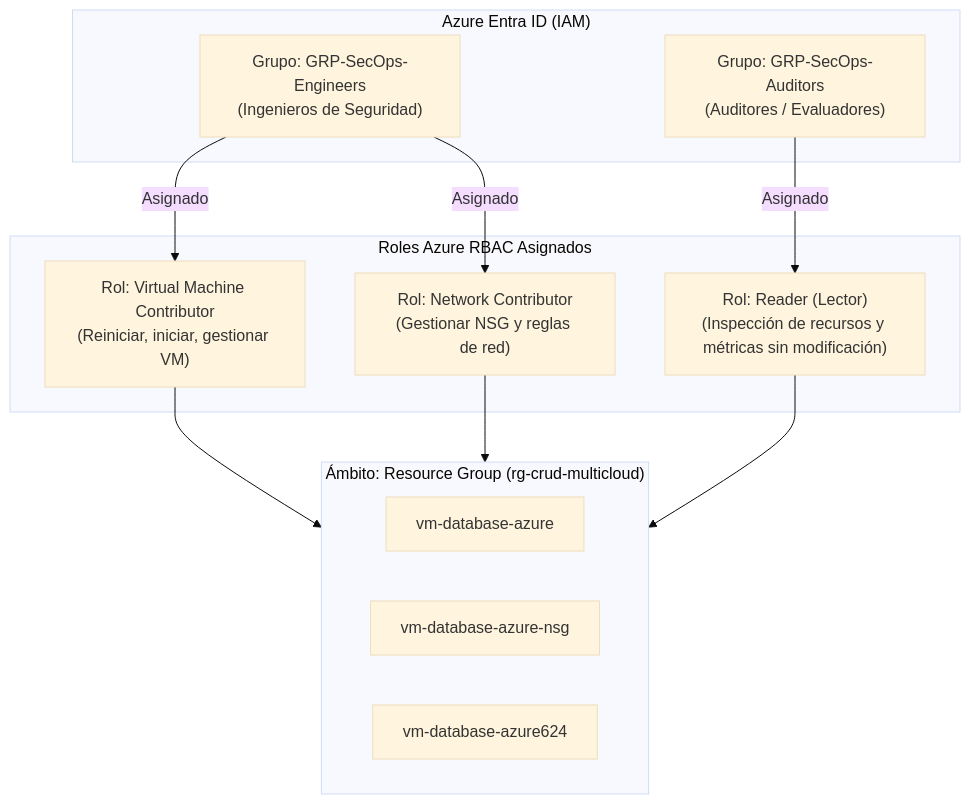
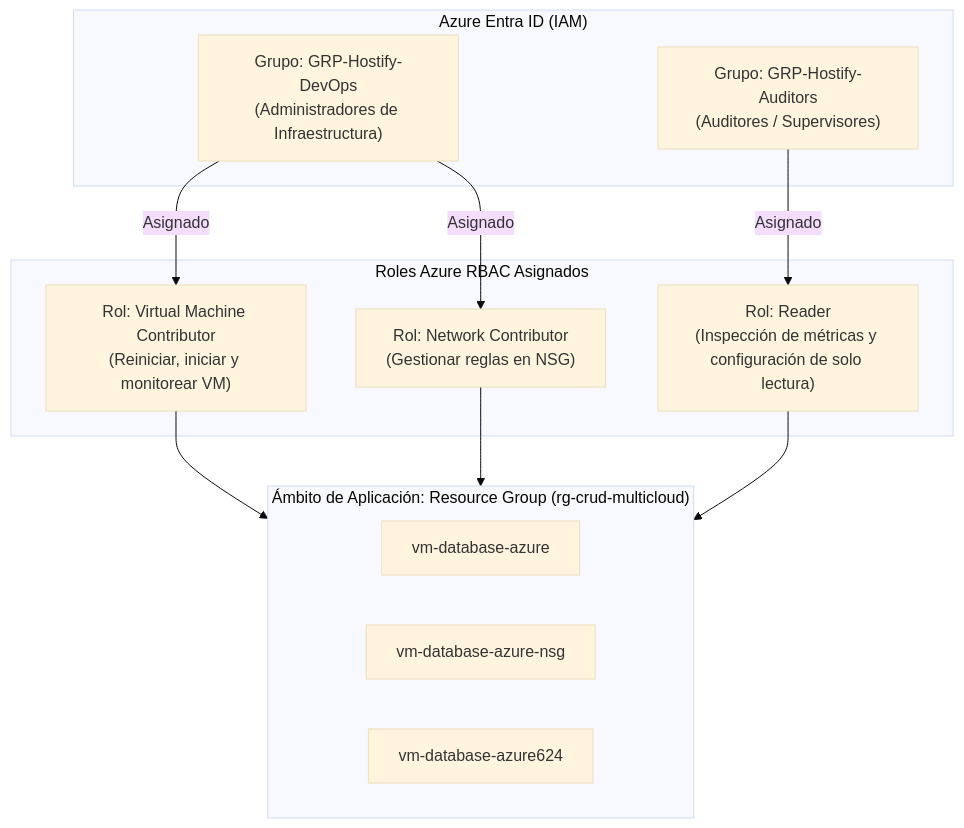
Before and after one commit to Edgaarrdd/Duermebien-gestionseguridad: the diagram in docs/3_configuracion_iam_azure.md, drawn with Mermaid (base theme). The commit also changed other lines of this file and 10 other files, not shown here.

````diff
--- a/docs/3_configuracion_iam_azure.md
+++ b/docs/3_configuracion_iam_azure.md
@@ -15,27 +15,27 @@
 ```mermaid
 graph TD
     subgraph Azure_Entra_ID["Azure Entra ID (IAM)"]
-        G_Admin["Grupo: GRP-SecOps-Engineers\n(Ingenieros de Seguridad)"]
-        G_Auditor["Grupo: GRP-SecOps-Auditors\n(Auditores / Evaluadores)"]
+        G_DevOps["Grupo: GRP-Hostify-DevOps\n(Administradores de Infraestructura)"]
+        G_Auditor["Grupo: GRP-Hostify-Auditors\n(Auditores / Supervisores)"]
     end
 
     subgraph RBAC_Roles["Roles Azure RBAC Asignados"]
-        R_VM_Contrib["Rol: Virtual Machine Contributor\n(Reiniciar, iniciar, gestionar VM)"]
-        R_Net_Contrib["Rol: Network Contributor\n(Gestionar NSG y reglas de red)"]
-        R_Reader["Rol: Reader (Lector)\n(Inspección de recursos y métricas sin modificación)"]
+        R_VM_Contrib["Rol: Virtual Machine Contributor\n(Reiniciar, iniciar y monitorear VM)"]
+        R_Net_Contrib["Rol: Network Contributor\n(Gestionar reglas en NSG)"]
+        R_Reader["Rol: Reader\n(Inspección de métricas y configuración de solo lectura)"]
     end
 
-    subgraph Scope["Ámbito: Resource Group (rg-crud-multicloud)"]
+    subgraph Scope["Ámbito de Aplicación: Resource Group (rg-crud-multicloud)"]
         VM["vm-database-azure"]
         NSG["vm-database-azure-nsg"]
         NIC["vm-database-azure624"]
     end
 
-    G_Admin -->|Asignado| R_VM_Contrib
-    G_Admin -->|Asignado| R_Net_Contrib
+    G_DevOps -->|Asignado| R_VM_Contrib
+    G_DevOps -->|Asignado| R_Net_Contrib
     G_Auditor -->|Asignado| R_Reader
 
     R_VM_Contrib --> Scope
     R_Net_Contrib --> Scope
     R_Reader --> Scope
 ```
````
